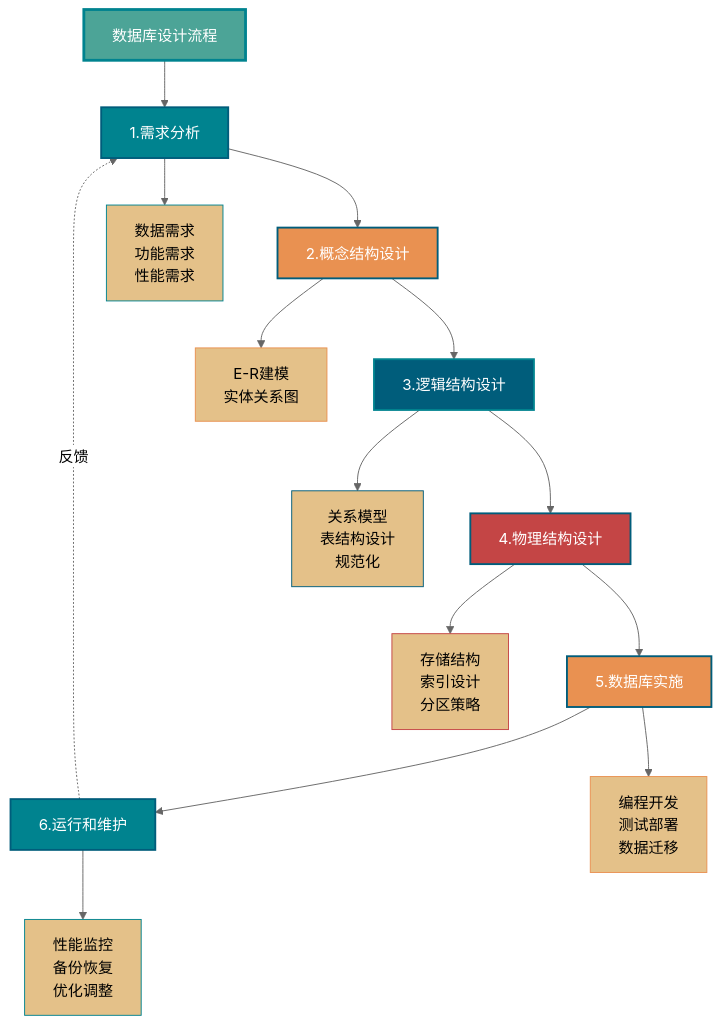
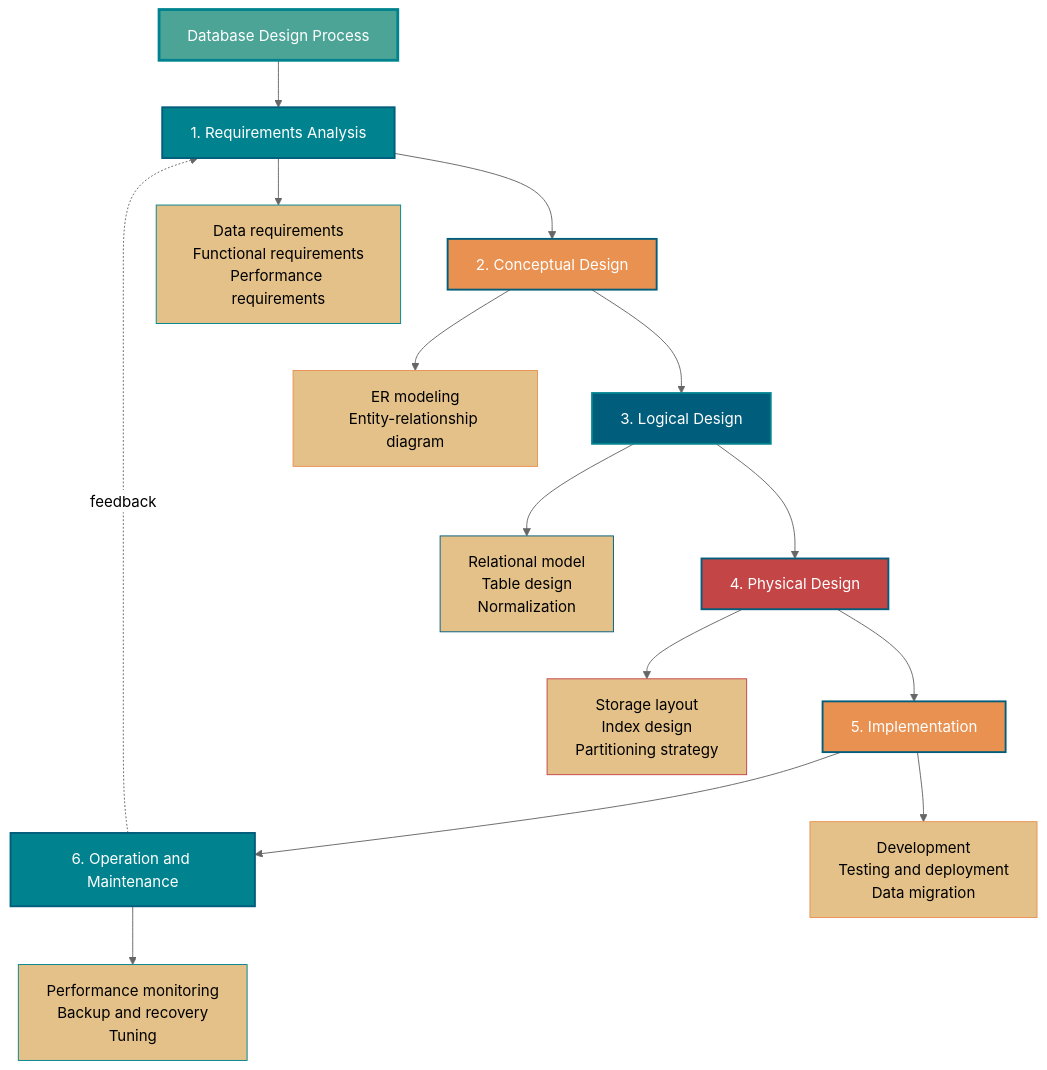
Before and after one commit to m3h3d1/JavaGuideEn: the fifth of 5 diagrams in docs/database/basis.md, drawn with Mermaid (neutral theme). The commit also changed other lines of this file and 71 other files, not shown here.

````diff
--- a/docs/database/basis.md
+++ b/docs/database/basis.md
@@ -445,33 +445,33 @@
 ```mermaid
 graph TD
-    A[数据库设计流程] --> B[1.需求分析]
-    B --> C[2.概念结构设计]
-    C --> D[3.逻辑结构设计]
-    D --> E[4.物理结构设计]
-    E --> F[5.数据库实施]
-    F --> G[6.运行和维护]
+    A[Database Design Process] --> B[1. Requirements Analysis]
+    B --> C[2. Conceptual Design]
+    C --> D[3. Logical Design]
+    D --> E[4. Physical Design]
+    E --> F[5. Implementation]
+    F --> G[6. Operation and Maintenance]
 
-    B --> B1[数据需求<br/>功能需求<br/>性能需求]
-    C --> C1[E-R建模<br/>实体关系图]
-    D --> D1[关系模型<br/>表结构设计<br/>规范化]
-    E --> E1[存储结构<br/>索引设计<br/>分区策略]
-    F --> F1[编程开发<br/>测试部署<br/>数据迁移]
-    G --> G1[性能监控<br/>备份恢复<br/>优化调整]
+    B --> B1[Data requirements<br/>Functional requirements<br/>Performance requirements]
+    C --> C1[ER modeling<br/>Entity-relationship diagram]
+    D --> D1[Relational model<br/>Table design<br/>Normalization]
+    E --> E1[Storage layout<br/>Index design<br/>Partitioning strategy]
+    F --> F1[Development<br/>Testing and deployment<br/>Data migration]
+    G --> G1[Performance monitoring<br/>Backup and recovery<br/>Tuning]
 
-    G -.反馈.-> B
+    G -.feedback.-> B
 
     style A fill:#4CA497,stroke:#00838F,stroke-width:3px,color:#fff
     style B fill:#00838F,stroke:#005D7B,stroke-width:2px,color:#fff
     style C fill:#E99151,stroke:#005D7B,stroke-width:2px,color:#fff
     style D fill:#005D7B,stroke:#00838F,stroke-width:2px,color:#fff
     style E fill:#C44545,stroke:#005D7B,stroke-width:2px,color:#fff
     style F fill:#E99151,stroke:#005D7B,stroke-width:2px,color:#fff
     style G fill:#00838F,stroke:#005D7B,stroke-width:2px,color:#fff
 
     style B1 fill:#E4C189,stroke:#00838F,stroke-width:1px
     style C1 fill:#E4C189,stroke:#E99151,stroke-width:1px
     style D1 fill:#E4C189,stroke:#005D7B,stroke-width:1px
     style E1 fill:#E4C189,stroke:#C44545,stroke-width:1px
     style F1 fill:#E4C189,stroke:#E99151,stroke-width:1px
     style G1 fill:#E4C189,stroke:#00838F,stroke-width:1px
 ```
````
